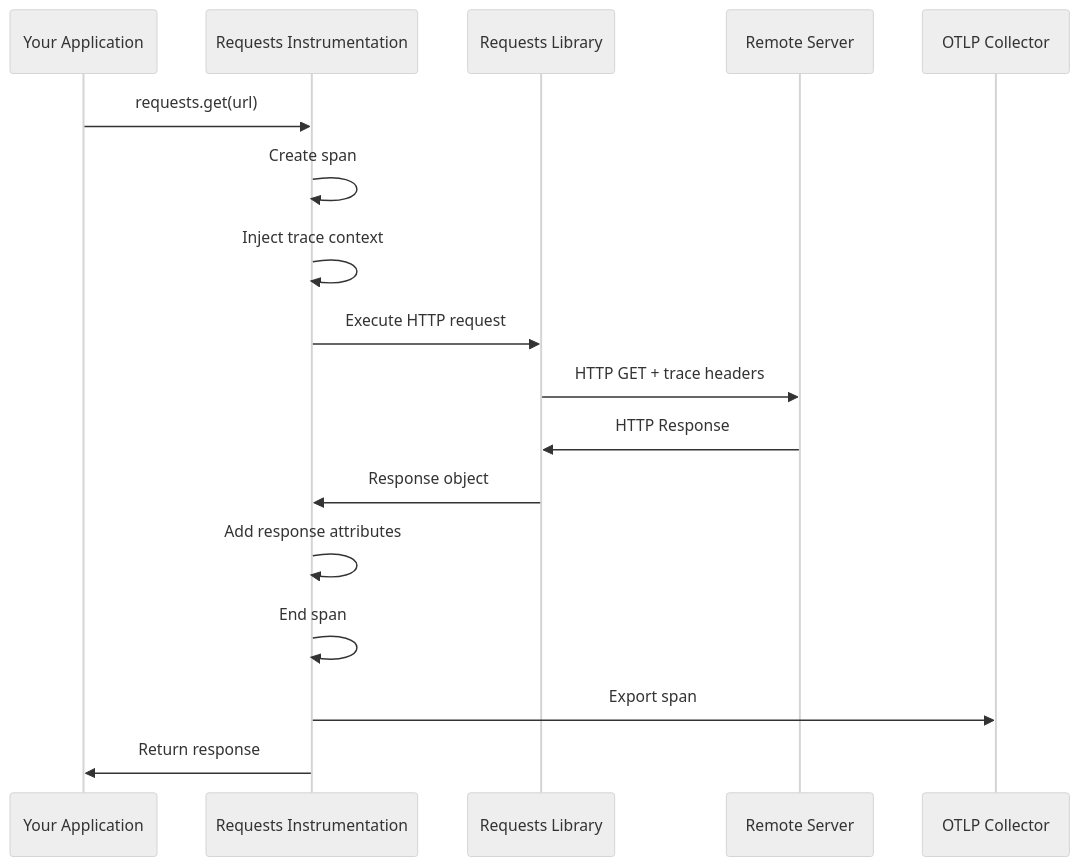
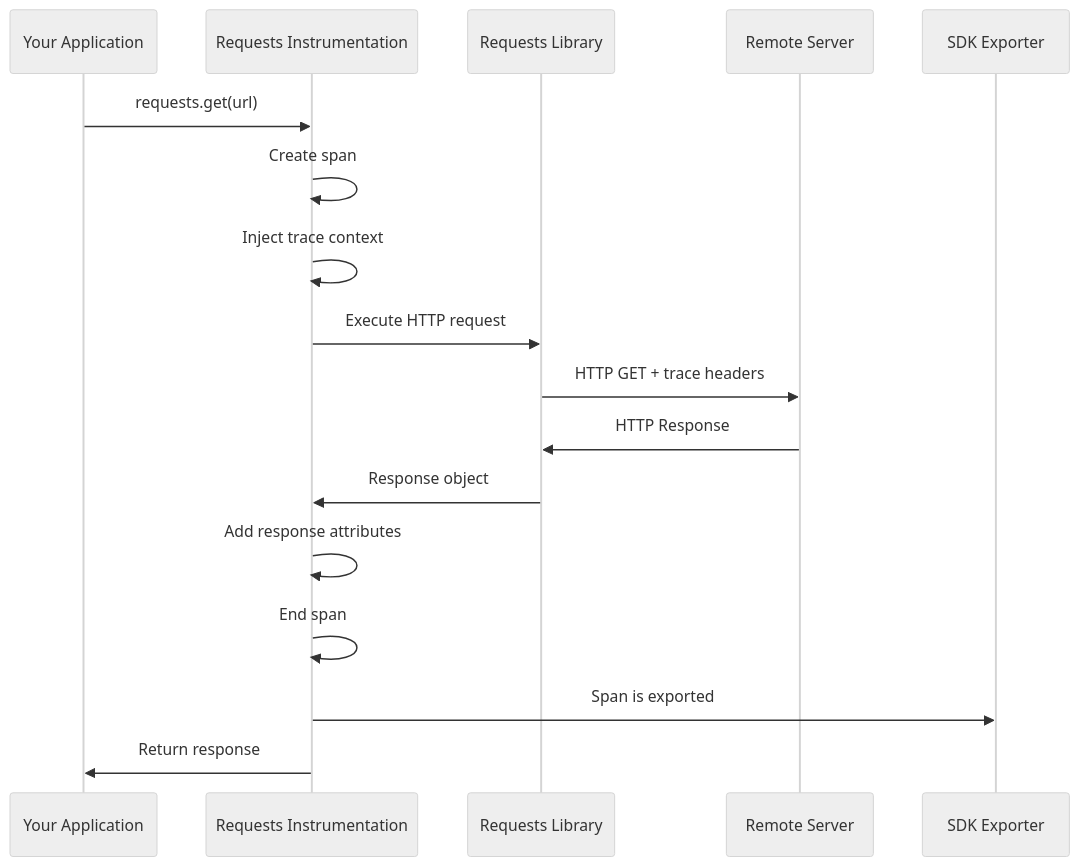
One commit to OneUptime/blog changed the diagram in posts/2026-02-06-trace-python-requests-library-opentelemetry/README.md. Above: the diagram before and after it, drawn with Mermaid (neutral theme). The commit also changed other lines of this file and 2 other files, not shown here.

````diff
--- a/posts/2026-02-06-trace-python-requests-library-opentelemetry/README.md
+++ b/posts/2026-02-06-trace-python-requests-library-opentelemetry/README.md
@@ -17,20 +17,20 @@
 ```mermaid
 sequenceDiagram
     participant App as Your Application
     participant Instr as Requests Instrumentation
     participant Lib as Requests Library
     participant Server as Remote Server
-    participant Collector as OTLP Collector
+    participant Exporter as SDK Exporter
 
     App->>Instr: requests.get(url)
     Instr->>Instr: Create span
     Instr->>Instr: Inject trace context
     Instr->>Lib: Execute HTTP request
     Lib->>Server: HTTP GET + trace headers
     Server->>Lib: HTTP Response
     Lib->>Instr: Response object
     Instr->>Instr: Add response attributes
     Instr->>Instr: End span
-    Instr->>Collector: Export span
+    Instr->>Exporter: Span is exported
     Instr->>App: Return response
 ```
````
